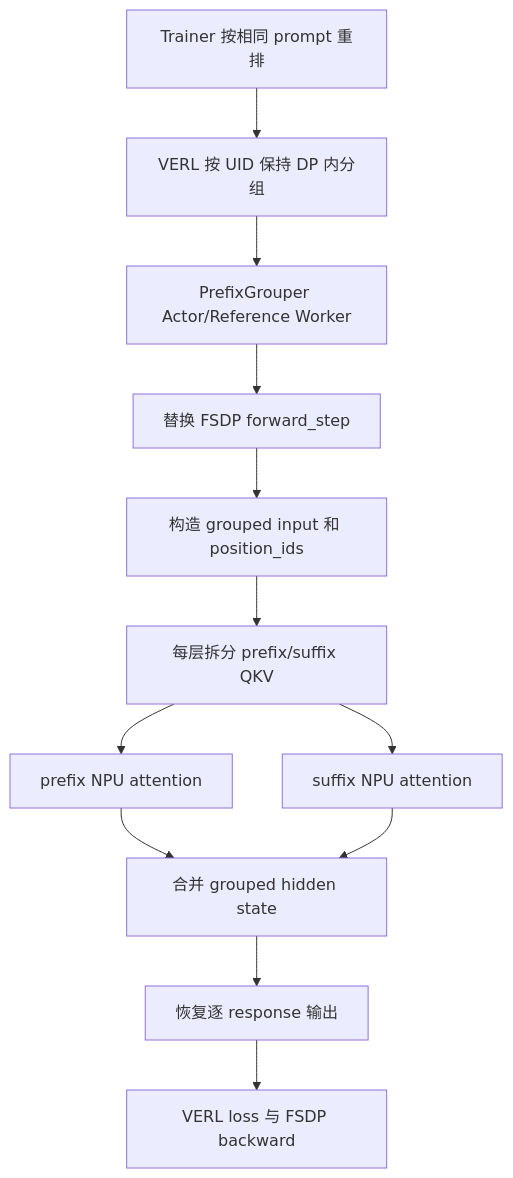
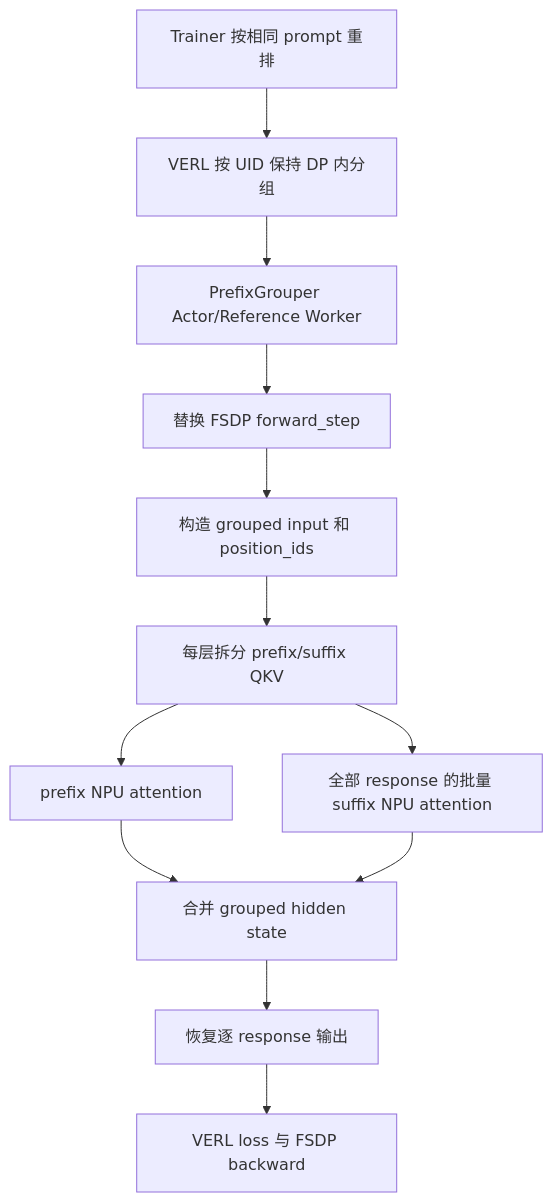
Before and after one commit to HzForelsket/Agent: the diagram in npu-shared-prefix-technical-report.md, drawn with Mermaid. The commit also changed other lines of this file and 1 other file, not shown here.

````diff
--- a/npu-shared-prefix-technical-report.md
+++ b/npu-shared-prefix-technical-report.md
@@ -25,14 +25,14 @@
 ```mermaid
 flowchart TD
     A[Trainer 按相同 prompt 重排] --> B[VERL 按 UID 保持 DP 内分组]
     B --> C[PrefixGrouper Actor/Reference Worker]
     C --> D[替换 FSDP forward_step]
     D --> E[构造 grouped input 和 position_ids]
     E --> F[每层拆分 prefix/suffix QKV]
     F --> G[prefix NPU attention]
-    F --> H[suffix NPU attention]
+    F --> H[全部 response 的批量 suffix NPU attention]
     G --> I[合并 grouped hidden state]
     H --> I
     I --> J[恢复逐 response 输出]
     J --> K[VERL loss 与 FSDP backward]
 ```
````
